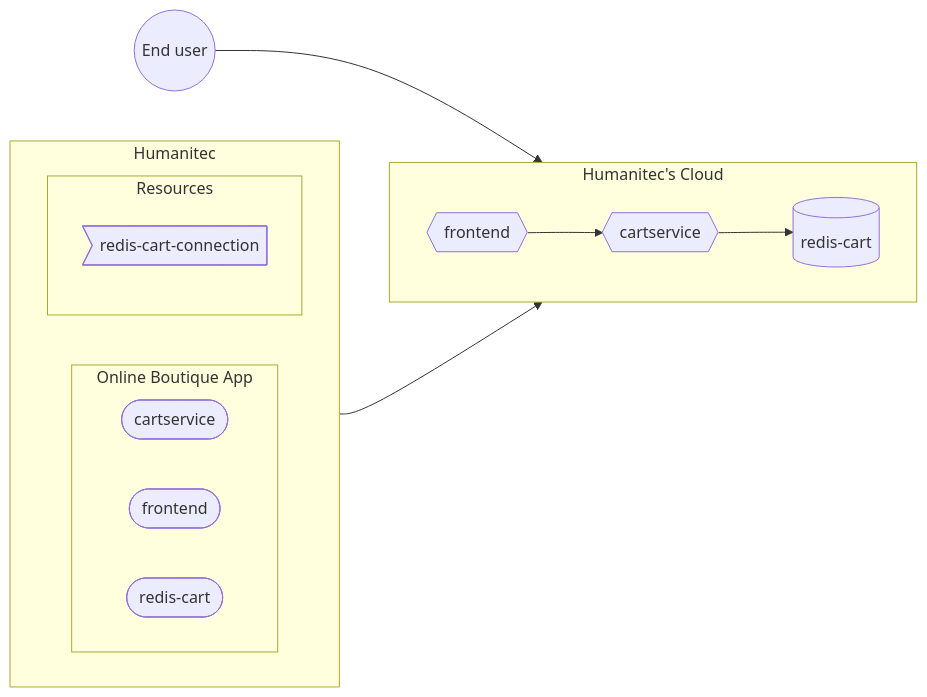
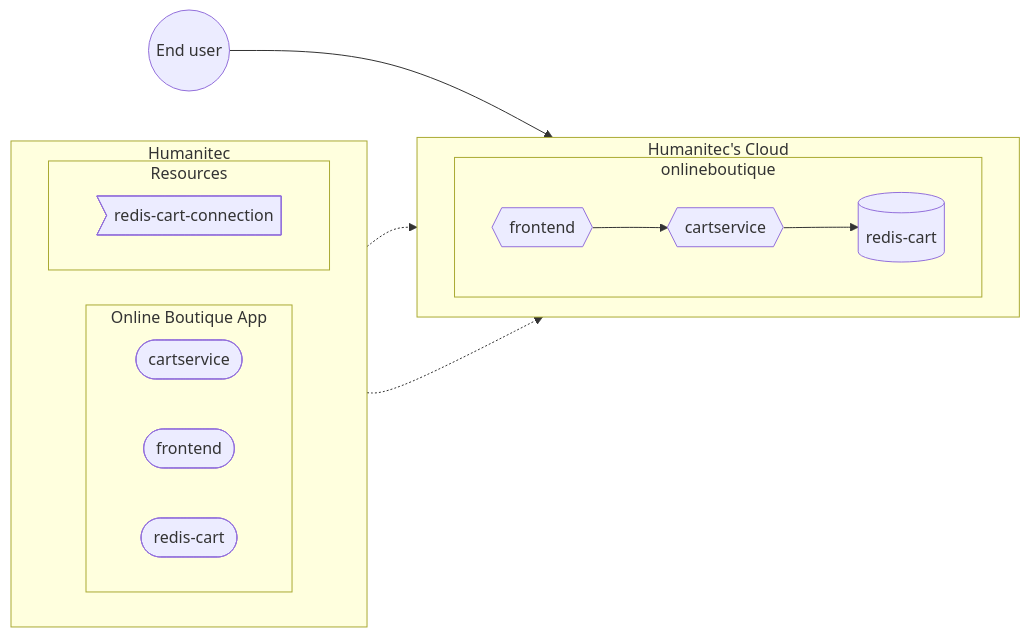
One commit to mathieu-benoit/hello-humanitec changed the diagram in docs/humanitec-default.md. Above: the diagram before and after it, drawn with Mermaid.

Commit message:
Fix humanitec-default graph

````diff
--- a/docs/humanitec-default.md
+++ b/docs/humanitec-default.md
@@ -11,22 +11,25 @@
 ```mermaid
 flowchart LR
   subgraph Humanitec
     direction LR
-    subgraph onlineboutique [Online Boutique App]
+    subgraph onlineboutique-app [Online Boutique App]
         direction LR
         cartservice-workload([cartservice])
         frontend-workload([frontend])
         redis-cart-workload([redis-cart])
     end
     subgraph Resources
         redis-cart-connection>redis-cart-connection]
     end
   end
   subgraph cloud [Humanitec's Cloud]
       direction LR
-      frontend{{frontend}}-->cartservice{{cartservice}}
-      cartservice-->redis-cart[(redis-cart)]
+      subgraph onlineboutique
+          frontend{{frontend}}-->cartservice{{cartservice}}
+          cartservice-->redis-cart-db[(redis-cart)]
+      end
   end
-  Humanitec-->cloud
+  onlineboutique-app-.->onlineboutique
+  redis-cart-connection-.->redis-cart-db
   enduser((End user))-->frontend
 ```
````
